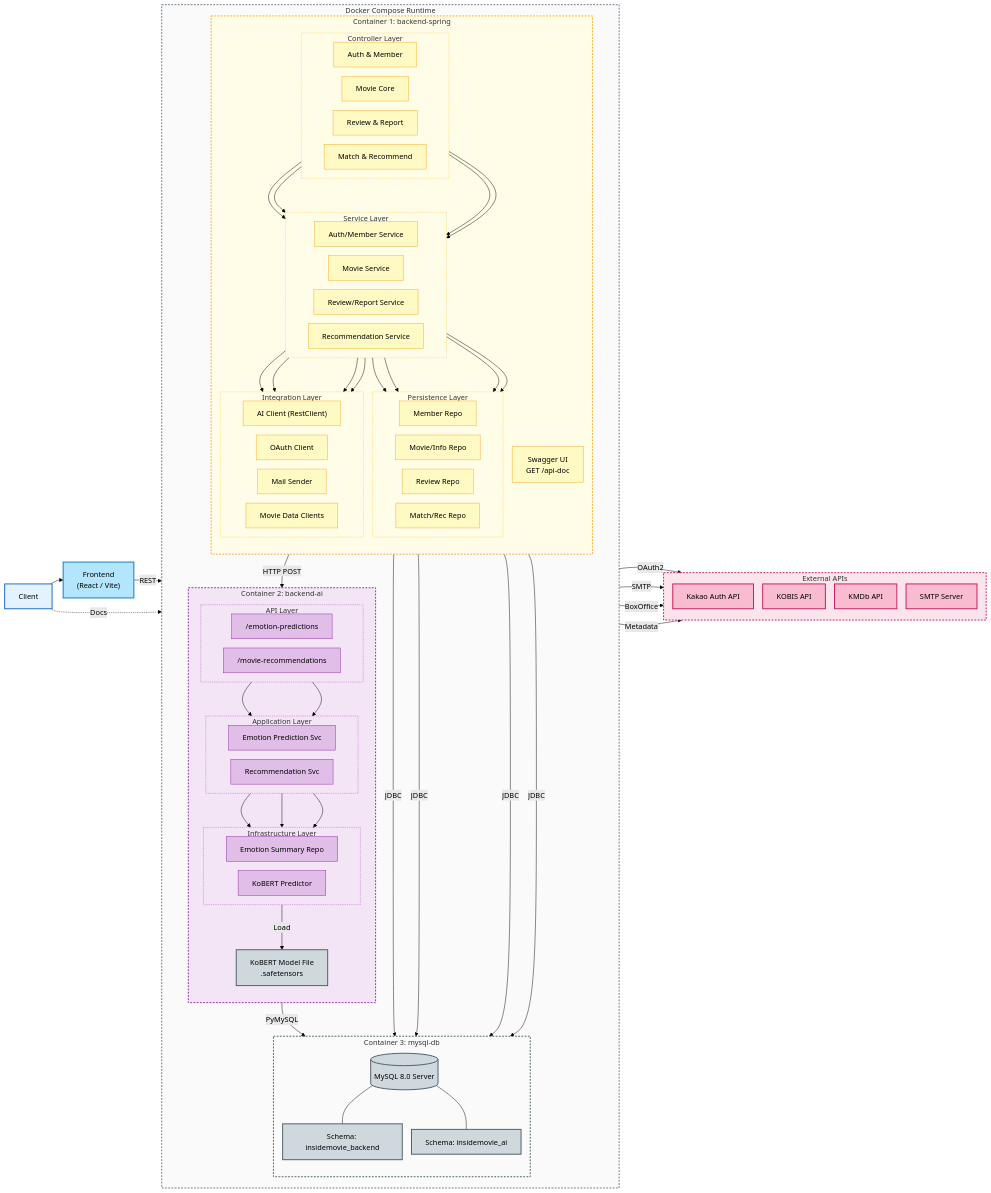
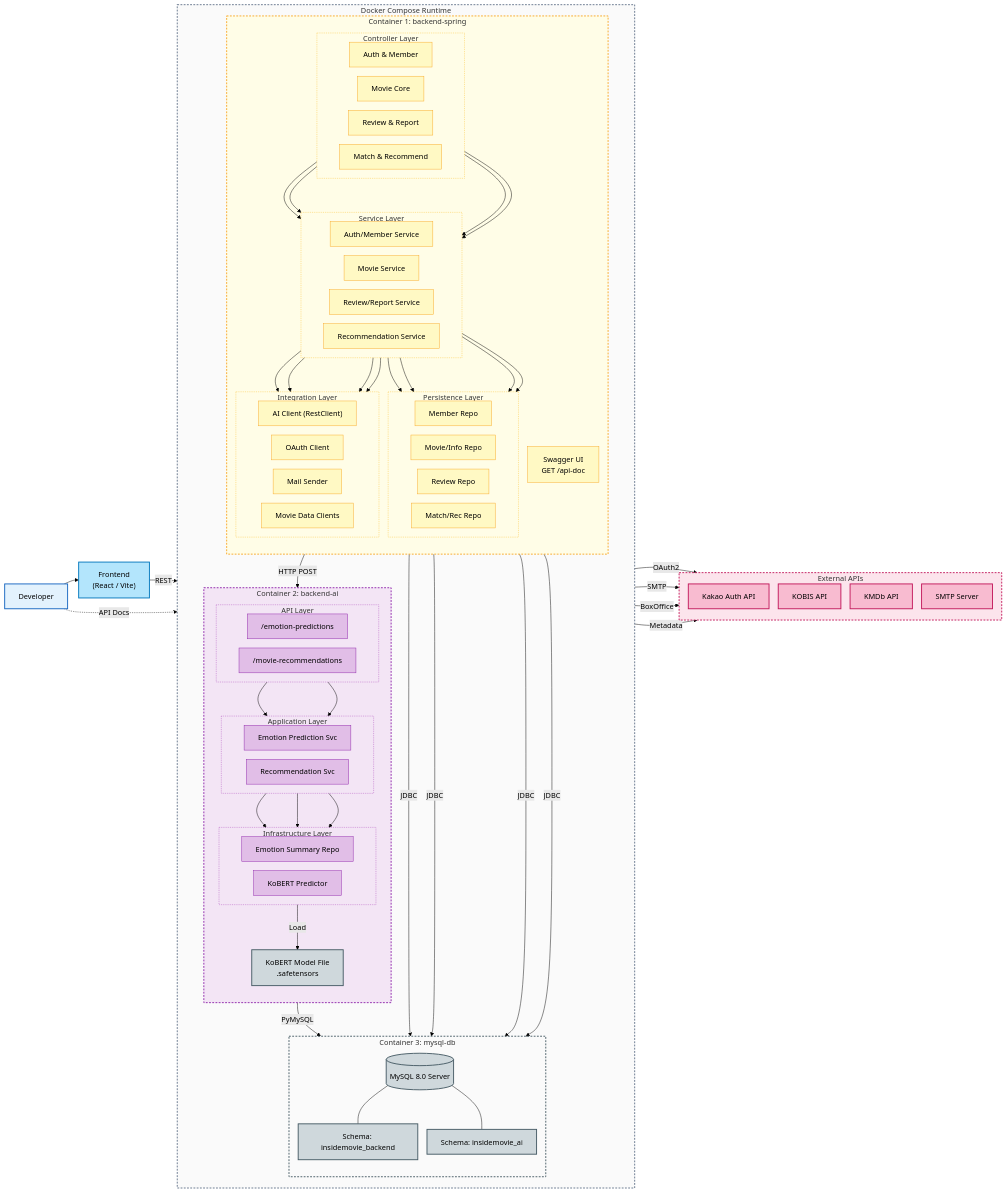
One commit to Gumraze-git/devlog changed the diagram in posts/projects/movie-platform.md. Above: the diagram before and after it, drawn with Mermaid (forest theme).

Commit message:
docs(mermaid): 액터를 Developer 단일 모델로 정리
- Client 노드를 Developer로 교체해 서비스 사용자 개념을 제거
- Developer에서 Frontend 및 Swagger(API Docs)로 연결되도록 관계를 단순화
- 스타일 클래스도 client에서 developer로 명칭을 일치

```diff
--- a/posts/projects/movie-platform.md
+++ b/posts/projects/movie-platform.md
@@ -40,7 +40,7 @@
 %%{init: {'flowchart': {'nodeSpacing': 20, 'rankSpacing': 24, 'diagramPadding': 8}} }%%
 flowchart LR
 
-  Client["Client"] --> FE["Frontend<br>(React / Vite)"]
+  Developer["Developer"] --> FE["Frontend<br>(React / Vite)"]
 
   subgraph Docker["Docker Compose Runtime"]
     direction TB
@@ -121,7 +121,7 @@
   end
 
   FE -- REST --> C_Auth
-  Client -. Docs .-> BSwagger
+  Developer -. API Docs .-> BSwagger
 
   C_Auth --> S_Auth
   C_Movie --> S_Movie
@@ -178,14 +178,14 @@
   SchemaBackend:::db
   SchemaAI:::db
   Model:::db
-  Client:::client
+  Developer:::developer
   FE:::frontend
   ExtKakao:::external
   ExtKOBIS:::external
   ExtKMDb:::external
   ExtSMTP:::external
 
-  classDef client fill:#e3f2fd,stroke:#1565c0,stroke-width:2px,color:#000
+  classDef developer fill:#e3f2fd,stroke:#1565c0,stroke-width:2px,color:#000
   classDef frontend fill:#b3e5fc,stroke:#0277bd,stroke-width:2px,color:#000
   classDef be_comp fill:#fff9c4,stroke:#f9a825,stroke-width:1px,color:#000
   classDef ai_comp fill:#e1bee7,stroke:#8e24aa,stroke-width:1px,color:#000
```
